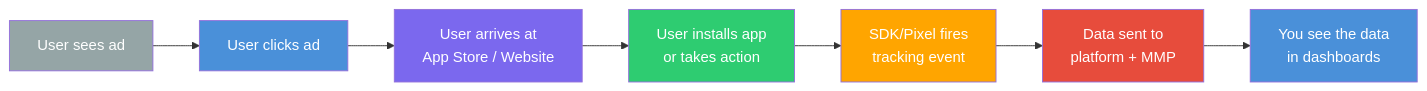
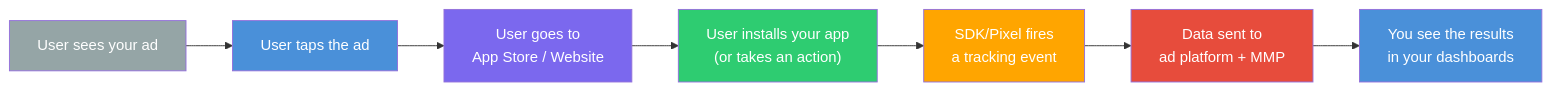
One commit to saanghyuk/ship-your-ads changed the first of 3 diagrams in concepts/tracking-and-attribution.mdx. Above: the diagram before and after it, drawn with Mermaid. The commit also changed other lines of this file and 47 other files, not shown here.

````diff
--- a/concepts/tracking-and-attribution.mdx
+++ b/concepts/tracking-and-attribution.mdx
@@ -30,17 +34,17 @@
 ```mermaid
 graph LR
-    A["User sees ad"] --> B["User clicks ad"]
-    B --> C["User arrives at<br/>App Store / Website"]
-    C --> D["User installs app<br/>or takes action"]
-    D --> E["SDK/Pixel fires<br/>tracking event"]
-    E --> F["Data sent to<br/>platform + MMP"]
-    F --> G["You see the data<br/>in dashboards"]
+    A["User sees your ad"] --> B["User taps the ad"]
+    B --> C["User goes to<br/>App Store / Website"]
+    C --> D["User installs your app<br/>(or takes an action)"]
+    D --> E["SDK/Pixel fires<br/>a tracking event"]
+    E --> F["Data sent to<br/>ad platform + MMP"]
+    F --> G["You see the results<br/>in your dashboards"]
 
     style A fill:#95A5A6,color:#fff
     style B fill:#4A90D9,color:#fff
     style C fill:#7B68EE,color:#fff
     style D fill:#2ECC71,color:#fff
     style E fill:#FFA500,color:#fff
     style F fill:#E74C3C,color:#fff
     style G fill:#4A90D9,color:#fff
 ```
````
